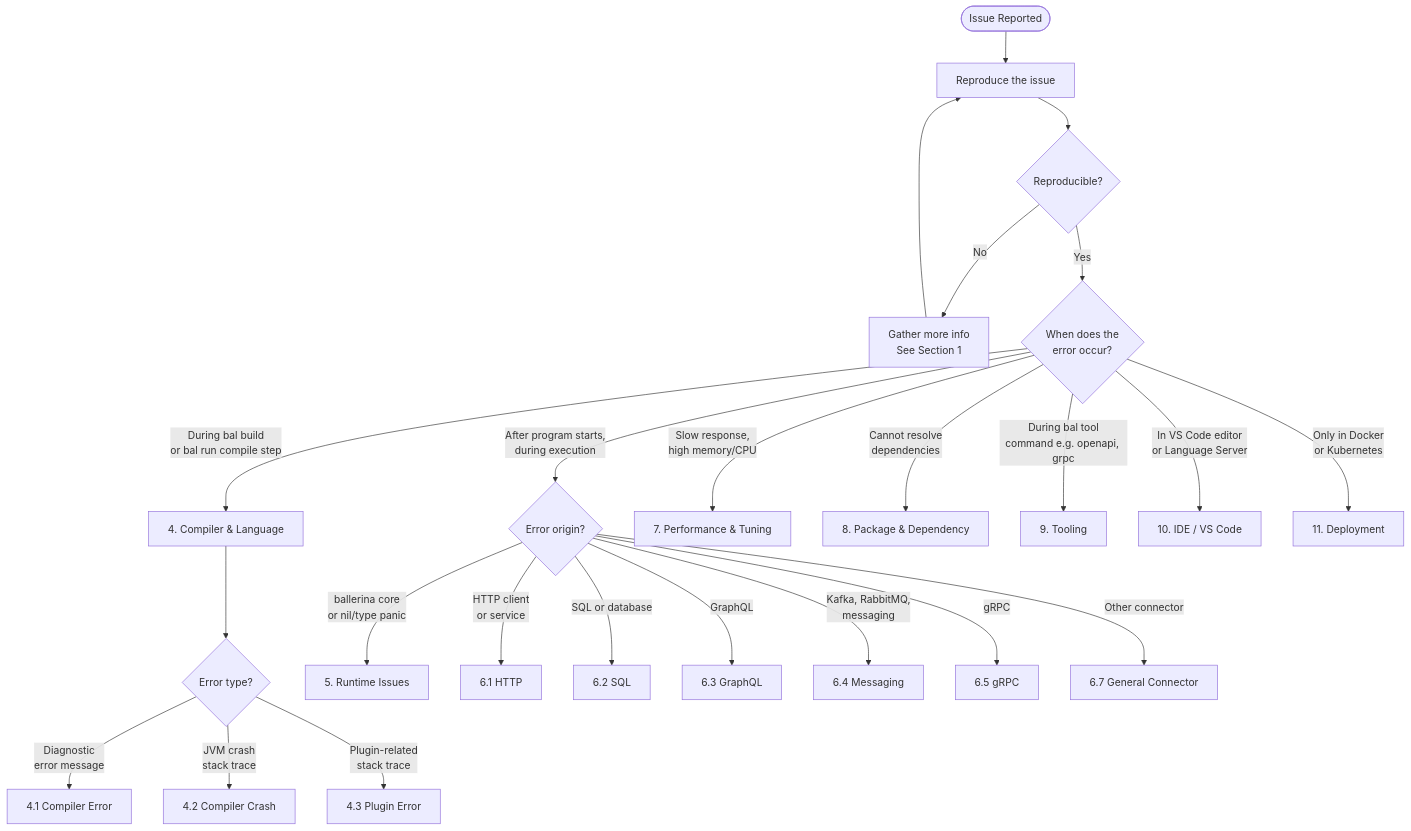
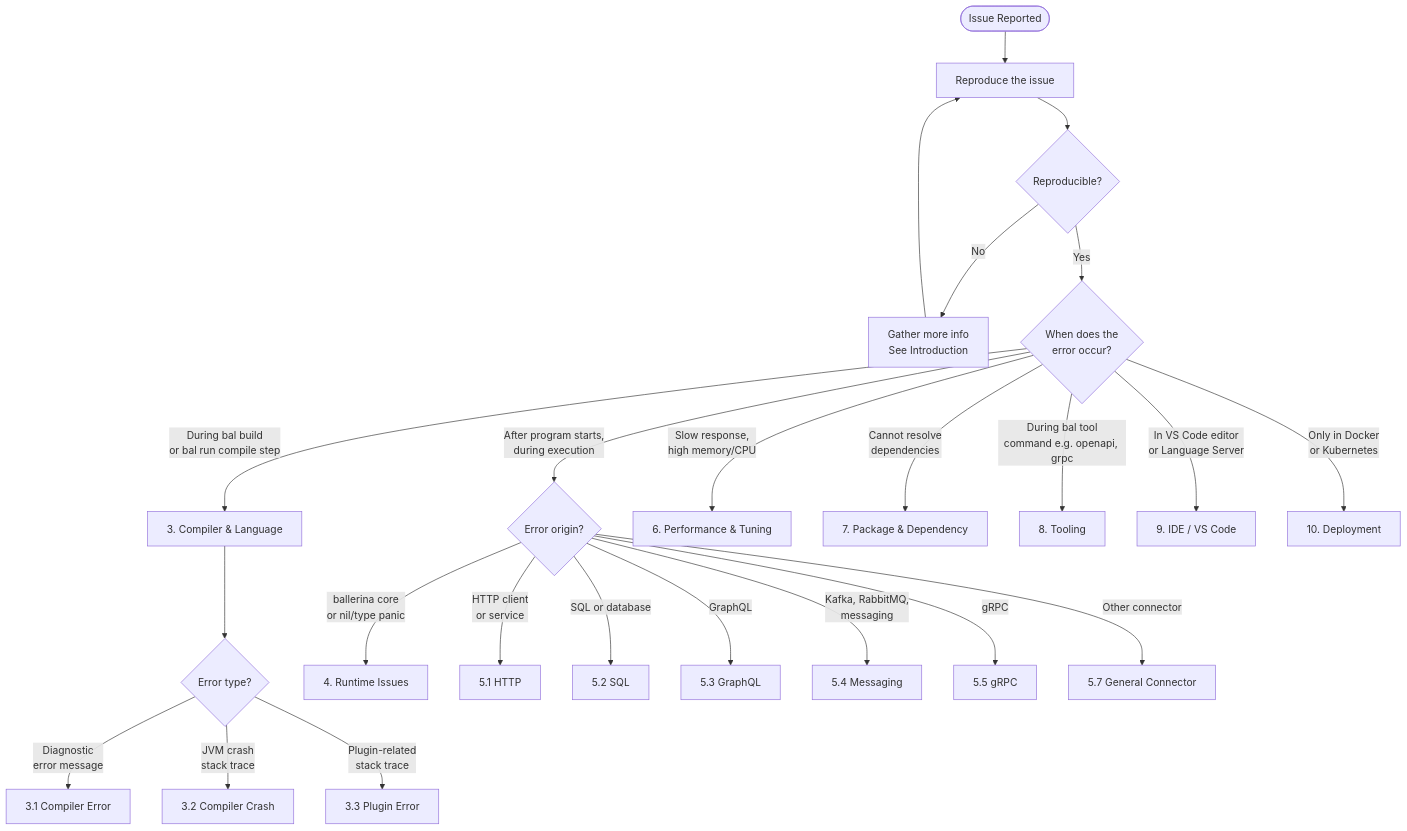
One commit to wso2/docs-bi changed the first of 4 diagrams in en/docs/references/ballerina-troubleshooting-guide.md. Above: the diagram before and after it, drawn with Mermaid. The commit also changed other lines of this file, not shown here.

Commit message:
Update Ballerina troubleshooting guide with required diagnostic information and improved formatting

````diff
--- a/en/docs/references/ballerina-troubleshooting-guide.md
+++ b/en/docs/references/ballerina-troubleshooting-guide.md
@@ -319,29 +293,29 @@
 ```mermaid
 flowchart TD
     A([Issue Reported]) --> B[Reproduce the issue]
     B --> C{Reproducible?}
-    C -->|No| D[Gather more info\nSee Section 1]
+    C -->|No| D[Gather more info\nSee Introduction]
     D --> B
     C -->|Yes| E{When does the\nerror occur?}
 
-    E -->|During bal build\nor bal run compile step| F[4. Compiler & Language]
+    E -->|During bal build\nor bal run compile step| F[3. Compiler & Language]
     E -->|After program starts,\nduring execution| G{Error origin?}
-    E -->|Slow response,\nhigh memory/CPU| H[7. Performance & Tuning]
-    E -->|Cannot resolve\ndependencies| I[8. Package & Dependency]
-    E -->|During bal tool\ncommand e.g. openapi, grpc| J[9. Tooling]
-    E -->|In VS Code editor\nor Language Server| K[10. IDE / VS Code]
-    E -->|Only in Docker\nor Kubernetes| L[11. Deployment]
+    E -->|Slow response,\nhigh memory/CPU| H[6. Performance & Tuning]
+    E -->|Cannot resolve\ndependencies| I[7. Package & Dependency]
+    E -->|During bal tool\ncommand e.g. openapi, grpc| J[8. Tooling]
+    E -->|In VS Code editor\nor Language Server| K[9. IDE / VS Code]
+    E -->|Only in Docker\nor Kubernetes| L[10. Deployment]
 
     F --> F1{Error type?}
-    F1 -->|Diagnostic\nerror message| F2[4.1 Compiler Error]
-    F1 -->|JVM crash\nstack trace| F3[4.2 Compiler Crash]
-    F1 -->|Plugin-related\nstack trace| F4[4.3 Plugin Error]
+    F1 -->|Diagnostic\nerror message| F2[3.1 Compiler Error]
+    F1 -->|JVM crash\nstack trace| F3[3.2 Compiler Crash]
+    F1 -->|Plugin-related\nstack trace| F4[3.3 Plugin Error]
 
-    G -->|ballerina core\nor nil/type panic| G2[5. Runtime Issues]
-    G -->|HTTP client\nor service| G3[6.1 HTTP]
-    G -->|SQL or database| G4[6.2 SQL]
-    G -->|GraphQL| G5[6.3 GraphQL]
-    G -->|Kafka, RabbitMQ,\nmessaging| G6[6.4 Messaging]
-    G -->|gRPC| G7[6.5 gRPC]
-    G -->|Other connector| G8[6.7 General Connector]
+    G -->|ballerina core\nor nil/type panic| G2[4. Runtime Issues]
+    G -->|HTTP client\nor service| G3[5.1 HTTP]
+    G -->|SQL or database| G4[5.2 SQL]
+    G -->|GraphQL| G5[5.3 GraphQL]
+    G -->|Kafka, RabbitMQ,\nmessaging| G6[5.4 Messaging]
+    G -->|gRPC| G7[5.5 gRPC]
+    G -->|Other connector| G8[5.7 General Connector]
 ```
````
